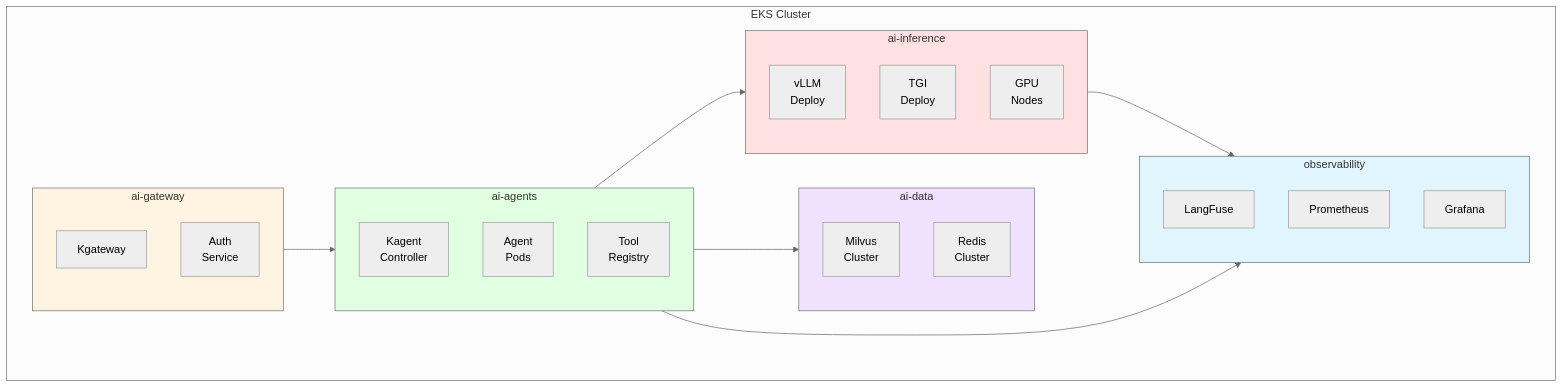
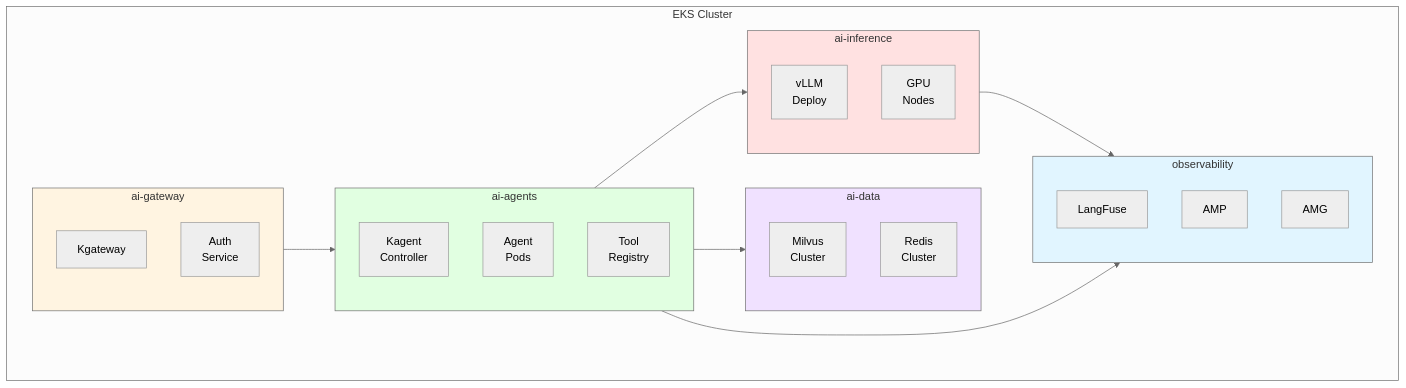
Before and after one commit to devfloor9/engineering-playbook: the sixth of 10 diagrams in docs/agentic-ai-platform/design-architecture/agentic-platform-architecture.md, drawn with Mermaid (neutral theme). The commit also changed other lines of this file and 21 other files, not shown here.

````diff
--- a/docs/agentic-ai-platform/design-architecture/agentic-platform-architecture.md
+++ b/docs/agentic-ai-platform/design-architecture/agentic-platform-architecture.md
@@ -487,44 +487,43 @@
 ```mermaid
 flowchart TD
     subgraph Cluster["EKS Cluster"]
         subgraph NSGateway["ai-gateway"]
             GW["Kgateway"]
             AUTH["Auth<br/>Service"]
         end
 
         subgraph NSAgents["ai-agents"]
             KAGENT["Kagent<br/>Controller"]
             AGENTS["Agent<br/>Pods"]
             TOOLS["Tool<br/>Registry"]
         end
 
         subgraph NSInference["ai-inference"]
             VLLM["vLLM<br/>Deploy"]
-            TGI["TGI<br/>Deploy"]
             GPU["GPU<br/>Nodes"]
         end
 
         subgraph NSData["ai-data"]
             MILVUS["Milvus<br/>Cluster"]
             REDIS["Redis<br/>Cluster"]
         end
 
         subgraph NSObs["observability"]
             LANGFUSE["LangFuse"]
-            PROM["Prometheus"]
-            GRAFANA["Grafana"]
+            AMP["AMP"]
+            AMG["AMG"]
         end
     end
 
     NSGateway --> NSAgents
     NSAgents --> NSInference
     NSAgents --> NSData
     NSInference --> NSObs
     NSAgents --> NSObs
 
     style NSGateway fill:#fff4e1
     style NSAgents fill:#e1ffe1
     style NSInference fill:#ffe1e1
     style NSData fill:#f0e1ff
     style NSObs fill:#e1f5ff
 ```
````
